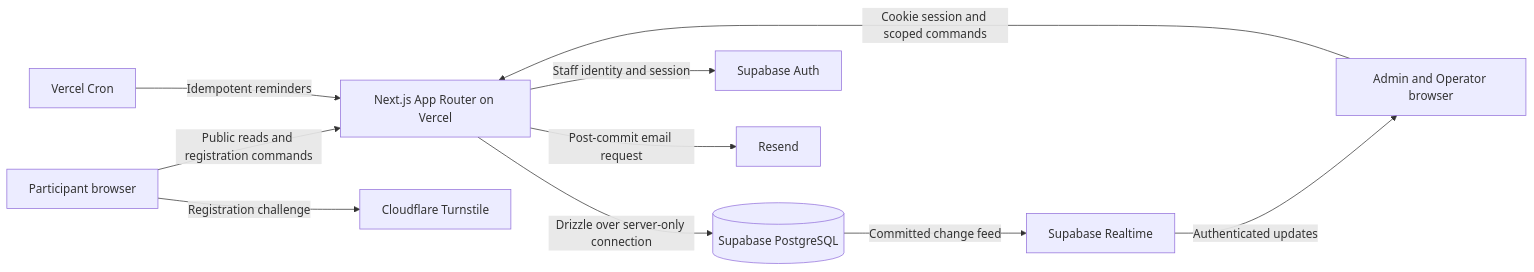
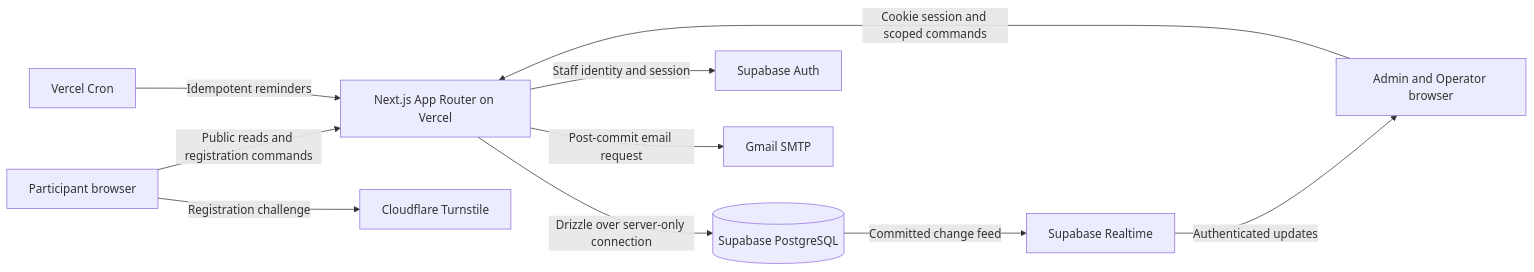
Before and after one commit to khalid999devs/tournament_management_system: the first of 5 diagrams in docs/architecture/SYSTEM_ARCHITECTURE.md, drawn with Mermaid. The commit also changed other lines of this file and 19 other files, not shown here.

First line of the commit message:
Remove Resend and send all email through Gmail SMTP

````diff
--- a/docs/architecture/SYSTEM_ARCHITECTURE.md
+++ b/docs/architecture/SYSTEM_ARCHITECTURE.md
@@ -5,12 +5,12 @@
 ```mermaid
 flowchart LR
     Public[Participant browser] -->|Public reads and registration commands| Web[Next.js App Router on Vercel]
     Staff[Admin and Operator browser] -->|Cookie session and scoped commands| Web
     Web -->|Drizzle over server-only connection| DB[(Supabase PostgreSQL)]
     Web -->|Staff identity and session| Auth[Supabase Auth]
     DB -->|Committed change feed| Realtime[Supabase Realtime]
     Realtime -->|Authenticated updates| Staff
-    Web -->|Post-commit email request| Email[Resend]
+    Web -->|Post-commit email request| Email[Gmail SMTP]
     Cron[Vercel Cron] -->|Idempotent reminders| Web
     Public -->|Registration challenge| Turnstile[Cloudflare Turnstile]
 ```
````
